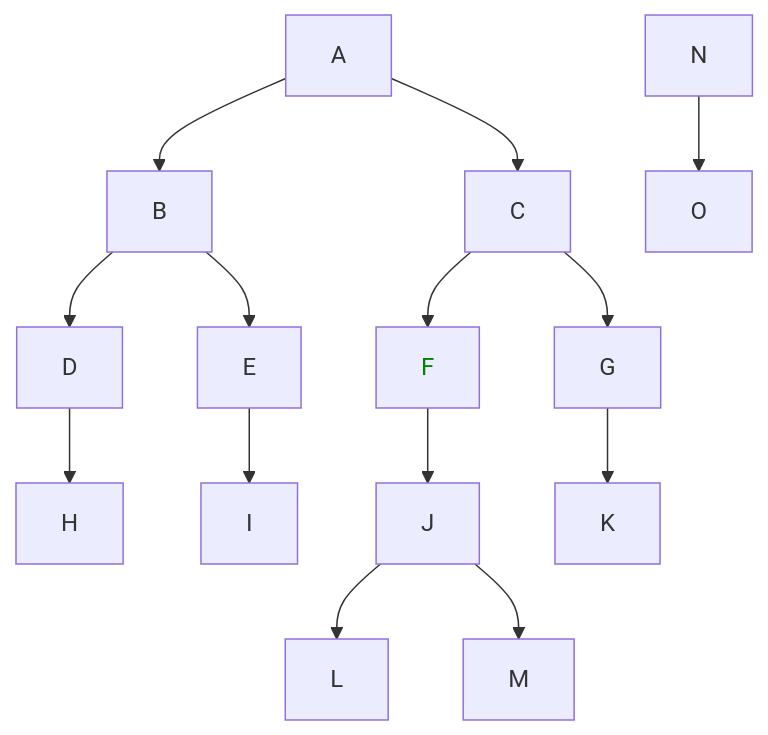
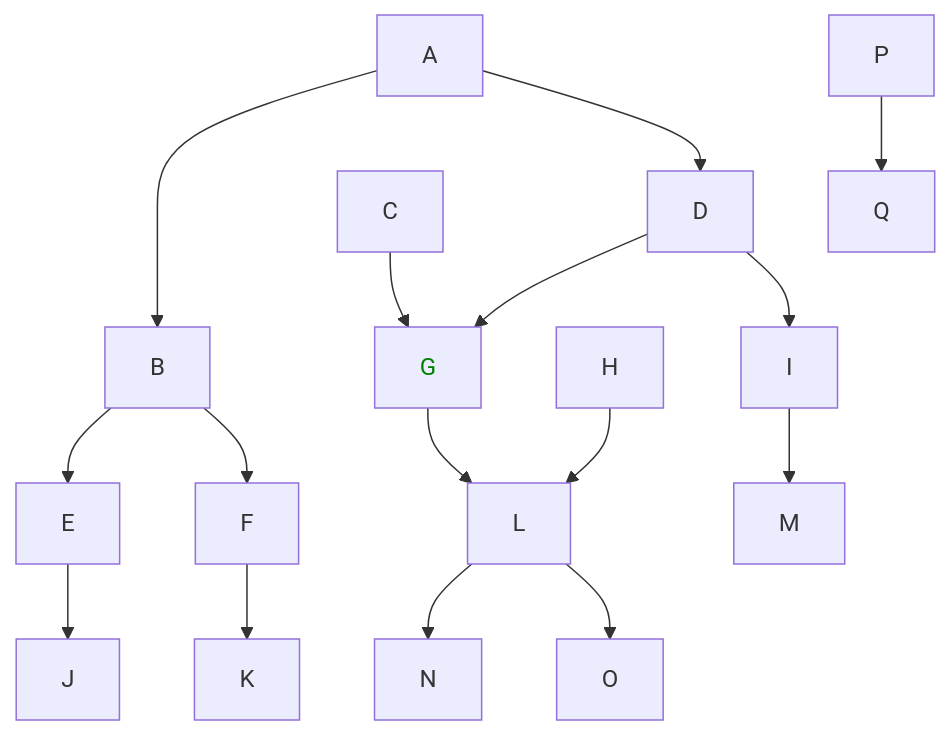
The second of 6 diagrams in doc/UseCaseScenarios.md (bacpack-system/packager), drawn with Mermaid before and after one commit. The commit also changed other lines of this file, not shown here.

Commit message:
Add more cases to graphs, some doc fixes

````diff
--- a/doc/UseCaseScenarios.md
+++ b/doc/UseCaseScenarios.md
@@ -59,20 +62,20 @@
 ```mermaid
 graph TD
-    A
-    A --> B
-    A --> C
-    B --> D
+    A ---> B
+    A --> D
     B --> E
-    C --> F
+    B --> F
     C --> G
-    D --> H
-    E --> I
-    F --> J
-    G --> K
-    J --> L
-    J --> M
-    N
-    N --> O
+    D --> G
+    H --> L
+    D --> I
+    E --> J
+    F --> K
+    G --> L
+    I --> M
+    L --> N
+    L --> O
+    P --> Q
 
-    style F color:green;
+    style G color:green;
 ```
````
